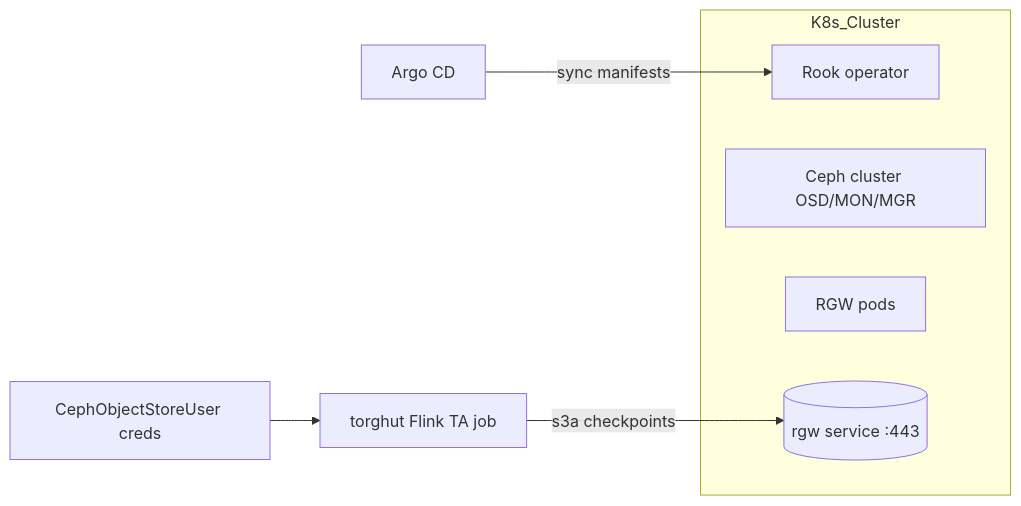
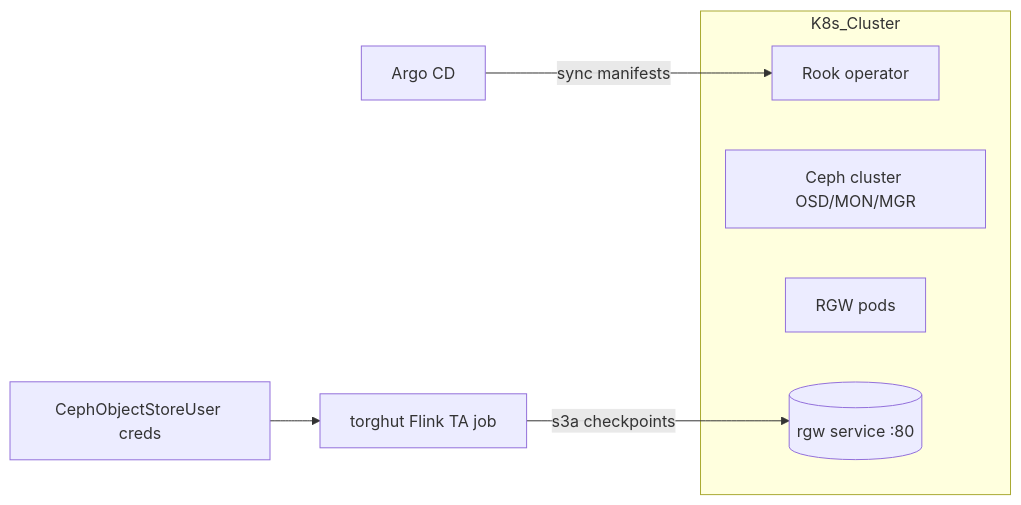
Before and after one commit to proompteng/lab: the diagram in docs/torghut/ceph-migration.md, drawn with Mermaid. The commit also changed other lines of this file and 1 other file, not shown here.

Commit message:
docs(torghut): align RGW endpoint guidance

````diff
--- a/docs/torghut/ceph-migration.md
+++ b/docs/torghut/ceph-migration.md
@@ -20,13 +20,13 @@
 ```mermaid
 graph LR
   subgraph K8s_Cluster
     Rook[Rook operator]
     Ceph[Ceph cluster OSD/MON/MGR]
     RGW[RGW pods]
-    SVC[(rgw service :443)]
+    SVC[(rgw service :80)]
   end
 
   Flink[torghut Flink TA job] -->|s3a checkpoints| SVC
   Argo[Argo CD] -->|sync manifests| Rook
   Secrets[CephObjectStoreUser creds] --> Flink
 ```
````
